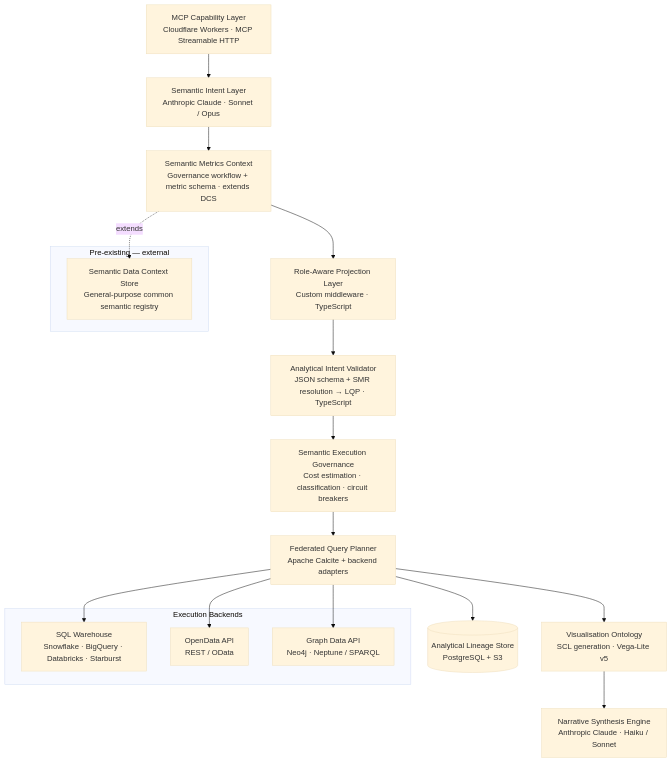
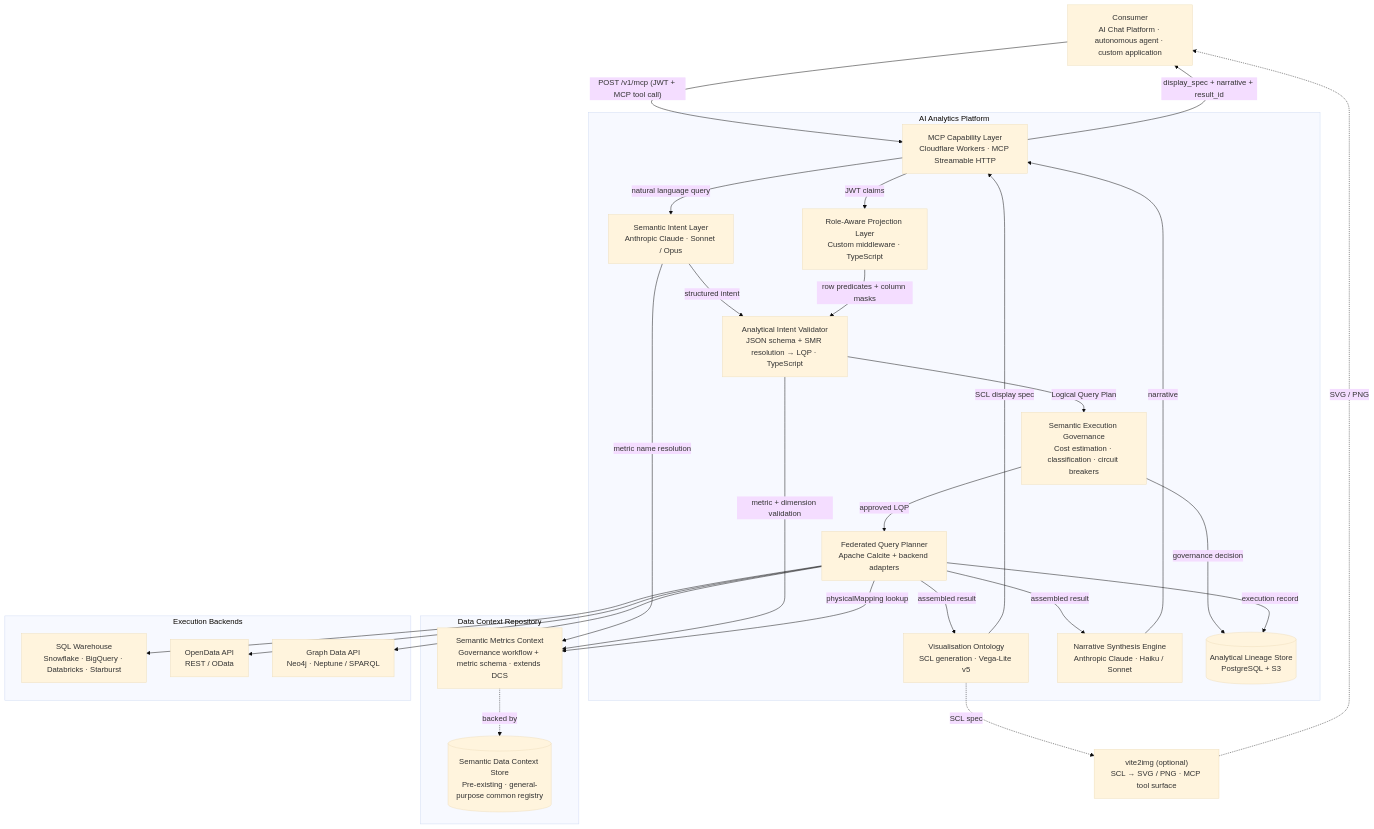
The diagram in docs/product/analytics/17-proposed-technical-architecture.md (M-A-Operating-System/shared-work), drawn with Mermaid (base theme) before and after one commit. The commit also changed 1 other file, not shown here.

Commit message:
docs(analytics): redesign architecture diagrams with explicit component interactions
- Convert 'Platform architecture' flowchart in doc 00 to a sequenceDiagram
  showing every component-to-component interaction with labelled arrows
- Replace 'Combined platform architecture' single-Pipeline box with individual
  component nodes for each Analytics Platform service; add Data Context
  Repository subgraph grouping SMC + DCS; add labelled edges for all
  interactions; add optional vite2img node
- Update doc 17 architecture overview with same DCR subgraph, individual
  component nodes, explicit labelled interactions, and optional vite2img
- FQP is the sole component that connects to execution backends (SQL, ODA, GDA)

https://claude.ai/code/session_017FLHkPvMBXAA7SKHrDbLDn

````diff
--- a/docs/product/analytics/17-proposed-technical-architecture.md
+++ b/docs/product/analytics/17-proposed-technical-architecture.md
@@ -11,28 +11,51 @@
 ```mermaid
 flowchart TD
-    MCP["MCP Capability Layer\nCloudflare Workers · MCP Streamable HTTP"]
-    SIL["Semantic Intent Layer\nAnthropic Claude · Sonnet / Opus"]
-    SMC["Semantic Metrics Context\nGovernance workflow + metric schema · extends DCS"]
-    RAPL["Role-Aware Projection Layer\nCustom middleware · TypeScript"]
-    AIV["Analytical Intent Validator\nJSON schema + SMR resolution → LQP · TypeScript"]
-    SEG["Semantic Execution Governance\nCost estimation · classification · circuit breakers"]
-    FQP["Federated Query Planner\nApache Calcite + backend adapters"]
-    VO["Visualisation Ontology\nSCL generation · Vega-Lite v5"]
-    NSE["Narrative Synthesis Engine\nAnthropic Claude · Haiku / Sonnet"]
-    LS[("Analytical Lineage Store\nPostgreSQL + S3")]
+    Consumer["Consumer\nAI Chat Platform · autonomous agent · custom application"]
+
+    subgraph analytics["AI Analytics Platform"]
+        MCP["MCP Capability Layer\nCloudflare Workers · MCP Streamable HTTP"]
+        SIL["Semantic Intent Layer\nAnthropic Claude · Sonnet / Opus"]
+        RAPL["Role-Aware Projection Layer\nCustom middleware · TypeScript"]
+        AIV["Analytical Intent Validator\nJSON schema + SMR resolution → LQP · TypeScript"]
+        SEG["Semantic Execution Governance\nCost estimation · classification · circuit breakers"]
+        FQP["Federated Query Planner\nApache Calcite + backend adapters"]
+        VO["Visualisation Ontology\nSCL generation · Vega-Lite v5"]
+        NSE["Narrative Synthesis Engine\nAnthropic Claude · Haiku / Sonnet"]
+        LS[("Analytical Lineage Store\nPostgreSQL + S3")]
+    end
+
+    subgraph dcr["Data Context Repository"]
+        SMC["Semantic Metrics Context\nGovernance workflow + metric schema · extends DCS"]
+        DCS[("Semantic Data Context Store\nPre-existing · general-purpose common registry")]
+        SMC -. backed by .-> DCS
+    end
 
     subgraph backends["Execution Backends"]
         SQL["SQL Warehouse\nSnowflake · BigQuery · Databricks · Starburst"]
         ODA["OpenData API\nREST / OData"]
         GDA["Graph Data API\nNeo4j · Neptune / SPARQL"]
     end
 
-    subgraph external["Pre-existing — external"]
-        DCS["Semantic Data Context Store\nGeneral-purpose common semantic registry"]
-    end
+    vite2img["vite2img (optional)\nSCL → SVG / PNG · MCP tool surface"]
 
-    MCP --> SIL --> SMC --> RAPL --> AIV --> SEG --> FQP --> VO --> NSE
+    Consumer -->|"POST /v1/mcp (JWT + MCP tool call)"| MCP
+    MCP -->|"natural language query"| SIL
+    MCP -->|"JWT claims"| RAPL
+    SIL -->|"metric name resolution"| SMC
+    SIL -->|"structured intent"| AIV
+    RAPL -->|"row predicates + column masks"| AIV
+    AIV -->|"metric + dimension validation"| SMC
+    AIV -->|"Logical Query Plan"| SEG
+    SEG -->|"approved LQP"| FQP
+    SEG -->|"governance decision"| LS
+    FQP -->|"physicalMapping lookup"| SMC
     FQP --> SQL & ODA & GDA
-    FQP --> LS
-    SMC -. extends .-> DCS
+    FQP -->|"execution record"| LS
+    FQP -->|"assembled result"| VO
+    FQP -->|"assembled result"| NSE
+    VO -->|"SCL display spec"| MCP
+    NSE -->|"narrative"| MCP
+    MCP -->|"display_spec + narrative + result_id"| Consumer
+    VO -. "SCL spec" .-> vite2img
+    vite2img -. "SVG / PNG" .-> Consumer
 ```
````
